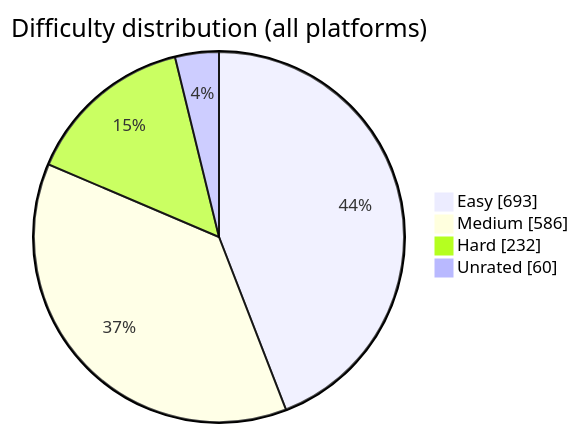
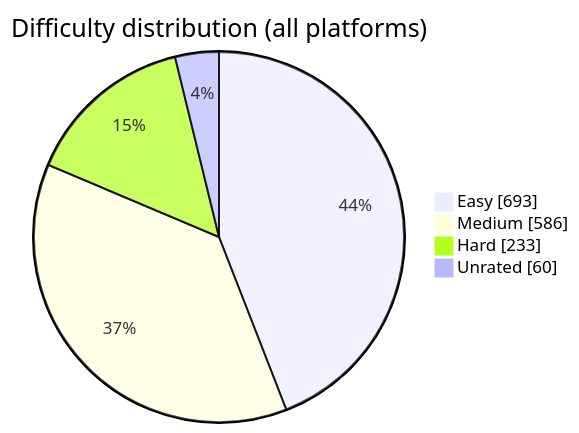
The diagram in README.md (BuildbyArindam/Daily-Coding-Log), drawn with Mermaid before and after one commit. The commit also changed other lines of this file, not shown here.

````diff
--- a/README.md
+++ b/README.md
@@ -93,7 +93,7 @@
 ```mermaid
 pie showData title Difficulty distribution (all platforms)
     "Easy" : 693
     "Medium" : 586
-    "Hard" : 232
+    "Hard" : 233
     "Unrated" : 60
 ```
````
